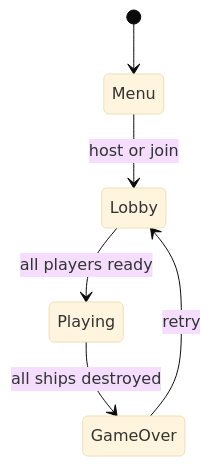
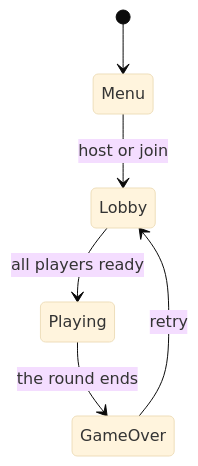
Before and after one commit to EthanCharpentier667/Aylo-Engine: the fourth of 4 diagrams in docs/ecs/features/13-scheduler.md, drawn with Mermaid (base theme). The commit also changed other lines of this file and 3 other files, not shown here.

````diff
--- a/docs/ecs/features/13-scheduler.md
+++ b/docs/ecs/features/13-scheduler.md
@@ -216,8 +222,8 @@
 ```mermaid
 stateDiagram-v2
     [*] --> Menu
     Menu --> Lobby: host or join
     Lobby --> Playing: all players ready
-    Playing --> GameOver: all ships destroyed
+    Playing --> GameOver: the round ends
     GameOver --> Lobby: retry
 ```
````
